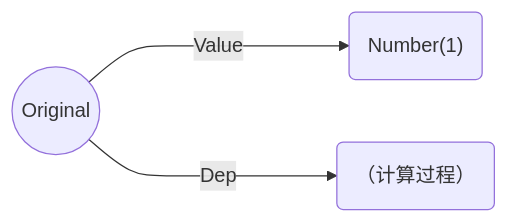
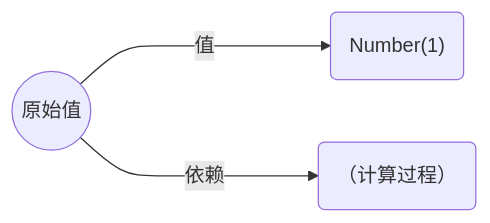
The seventh of 8 diagrams in slides.md (kermanx/jsshaker-ustc), drawn with Mermaid before and after one commit. The commit also changed other lines of this file and 1 other file, not shown here.

````diff
--- a/slides.md
+++ b/slides.md
@@ -1163,5 +1176,5 @@
 ```mermaid {scale:1}
 graph LR;
-A((Original)) ---->|Value| B("Number(1)")
-A ---->|Dep| C(（计算过程）)
+A((原始值)) ---->|值| B("Number(1)")
+A ---->|依赖| C(（计算过程）)
 ```
````
